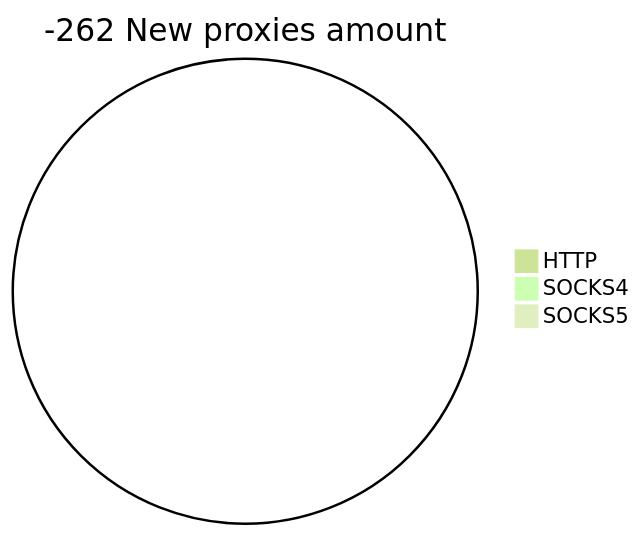
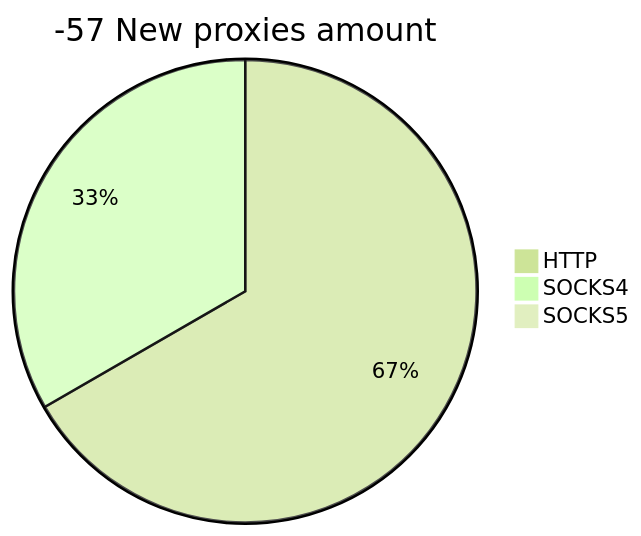
Before and after one commit to cutipu/proxylist: the second of 2 diagrams in README.md, drawn with Mermaid (forest theme). The commit also changed other lines of this file, not shown here.

````diff
--- a/README.md
+++ b/README.md
@@ -10,6 +10,6 @@
 ```mermaid
-pie title -262 New proxies amount
-    "HTTP" : 0
-    "SOCKS4" : 0
+pie title -57 New proxies amount
+    "HTTP" : 2
+    "SOCKS4" : 1
     "SOCKS5" : 0
 ```
````
